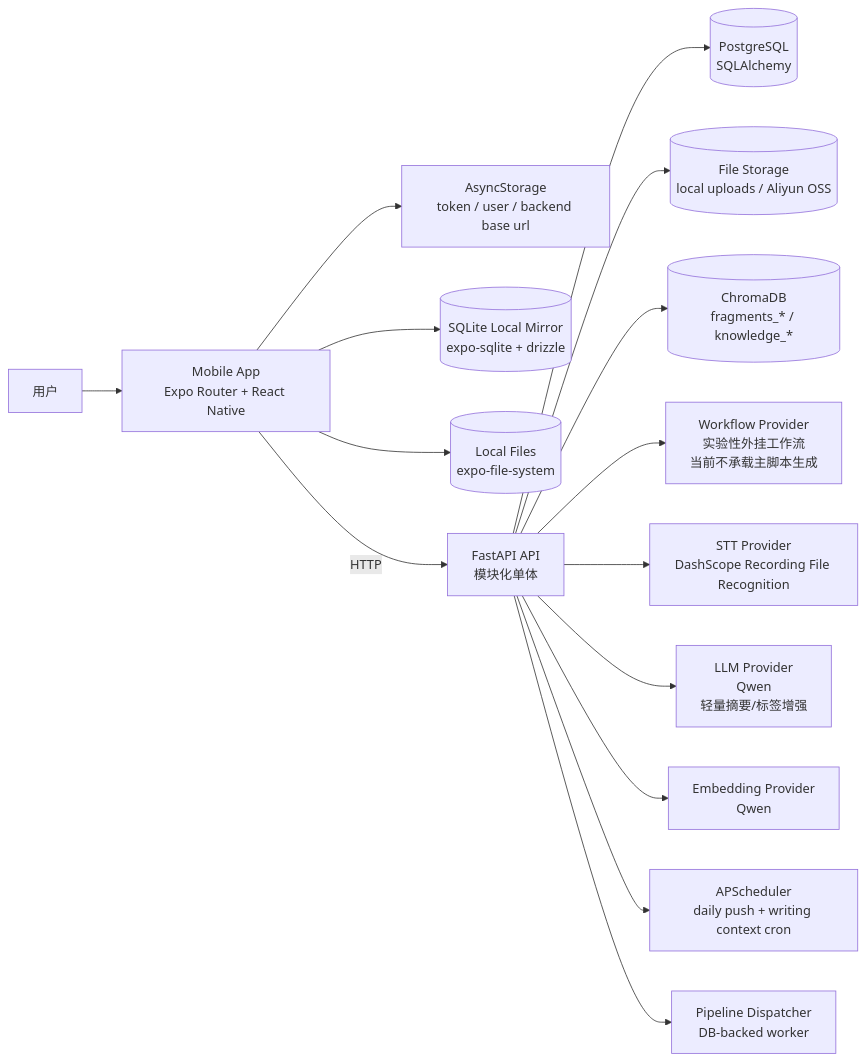
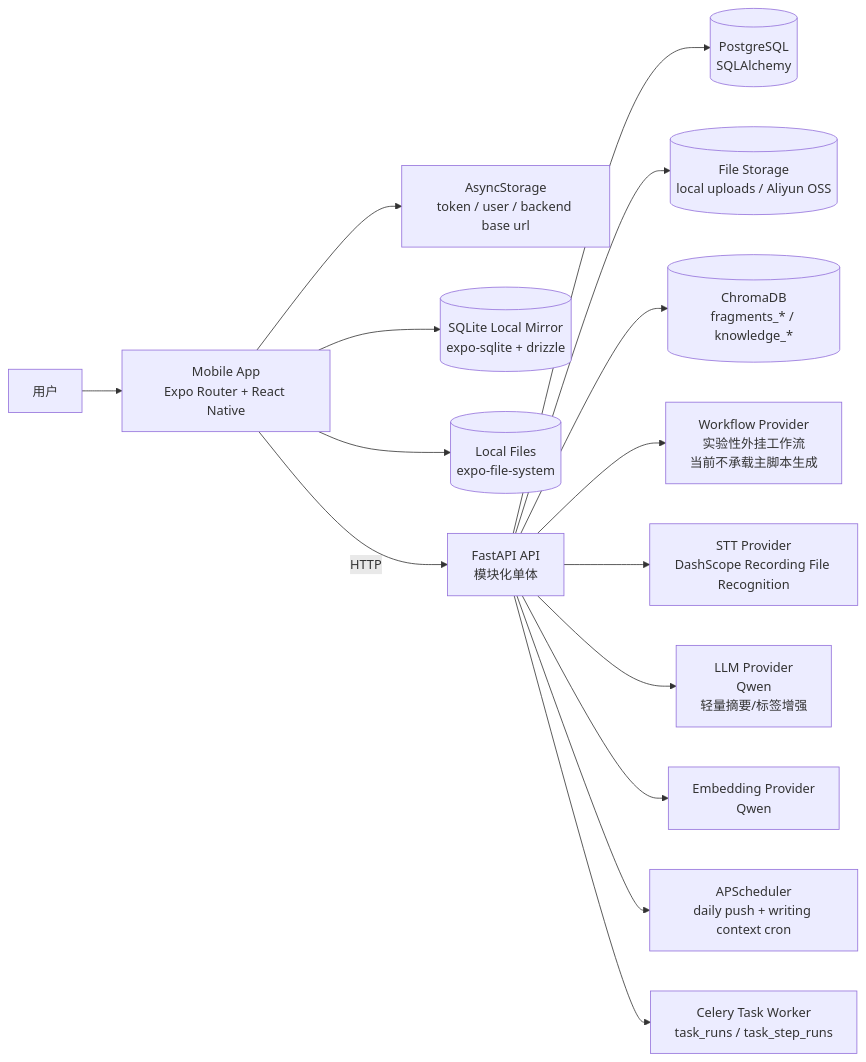
Before and after one commit to YCZA2/SparkFlow: the first of 10 diagrams in memory-bank/architecture.md, drawn with Mermaid. The commit also changed other lines of this file and 29 other files, not shown here.

````diff
--- a/memory-bank/architecture.md
+++ b/memory-bank/architecture.md
@@ -32,33 +32,33 @@
 ```mermaid
 flowchart LR
     U["用户"]
     M["Mobile App<br/>Expo Router + React Native"]
     S["AsyncStorage<br/>token / user / backend base url"]
     LDB[("SQLite Local Mirror<br/>expo-sqlite + drizzle")]
     LFS[("Local Files<br/>expo-file-system")]
     API["FastAPI API<br/>模块化单体"]
     DB[("PostgreSQL<br/>SQLAlchemy")]
     FS[("File Storage<br/>local uploads / Aliyun OSS")]
     CHROMA[("ChromaDB<br/>fragments_* / knowledge_*")]
     WFP["Workflow Provider<br/>实验性外挂工作流<br/>当前不承载主脚本生成"]
     STT["STT Provider<br/>DashScope Recording File Recognition"]
     LLM["LLM Provider<br/>Qwen<br/>轻量摘要/标签增强"]
     EMB["Embedding Provider<br/>Qwen"]
     SCH["APScheduler<br/>daily push + writing context cron"]
-    PIPE["Pipeline Dispatcher<br/>DB-backed worker"]
+    TASK["Celery Task Worker<br/>task_runs / task_step_runs"]
 
     U --> M
     M --> S
     M --> LDB
     M --> LFS
     M -->|HTTP| API
     API --> DB
     API --> FS
     API --> CHROMA
     API --> WFP
     API --> STT
     API --> LLM
     API --> EMB
     API --> SCH
-    API --> PIPE
+    API --> TASK
 ```
````
